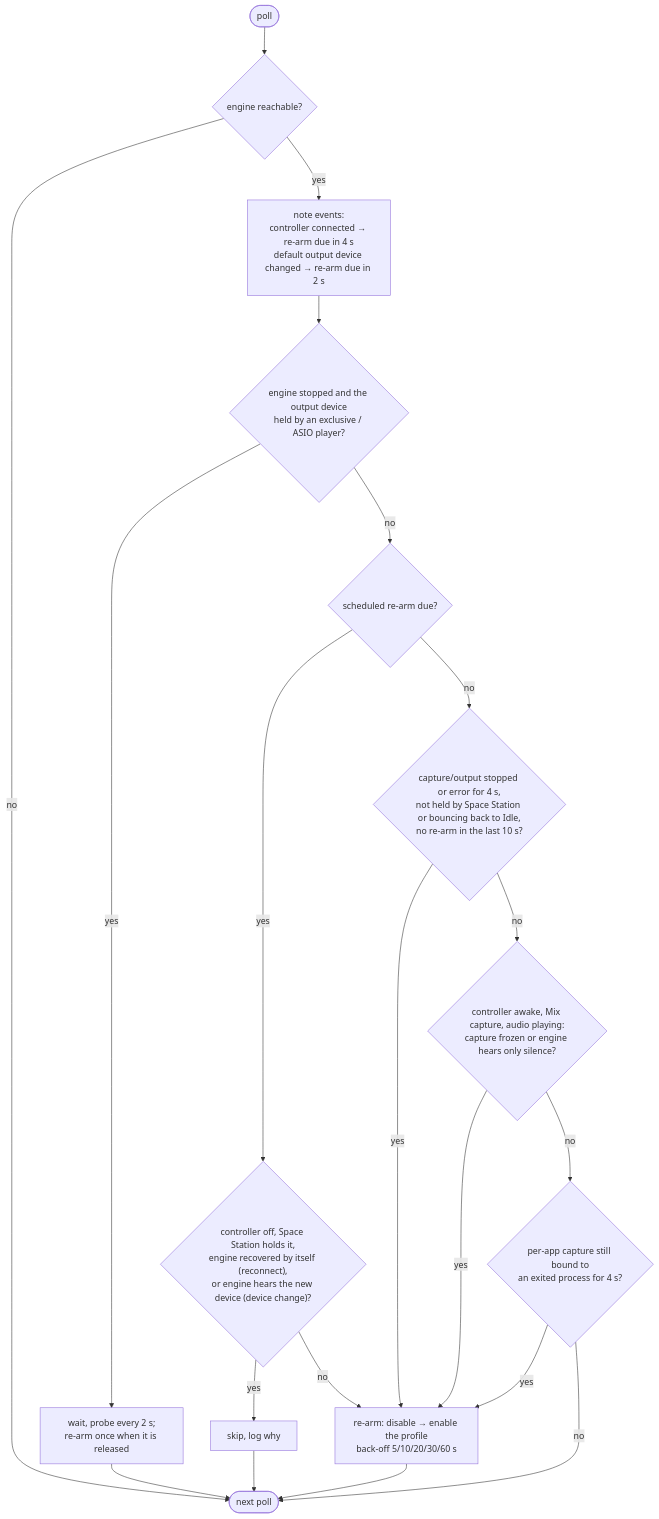
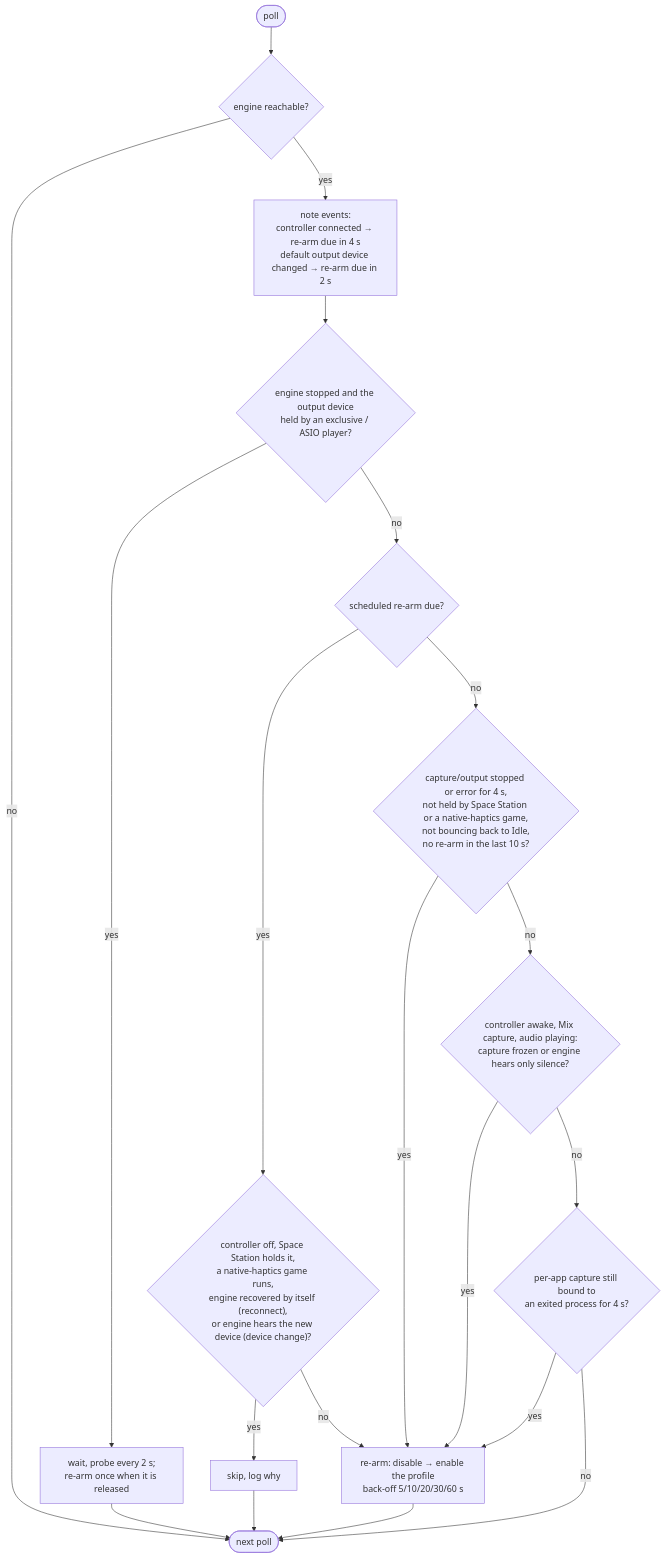
The fourth of 6 diagrams in DIAGRAM.md (Emrise-r/flydigi-xhaptic-controller), drawn with Mermaid before and after one commit. The commit also changed 9 other files, not shown here.

First line of the commit message:
Leave the engine alone while a native haptics game runs

````diff
--- a/DIAGRAM.md
+++ b/DIAGRAM.md
@@ -69,20 +69,20 @@
 ```mermaid
 flowchart TD
     T([poll]) --> S{engine reachable?}
     S -- no --> W([next poll])
     S -- yes --> N["note events:<br/>controller connected → re-arm due in 4 s<br/>default output device changed → re-arm due in 2 s"]
     N --> EX{"engine stopped and the output device<br/>held by an exclusive / ASIO player?"}
     EX -- yes --> HOLD["wait, probe every 2 s;<br/>re-arm once when it is released"] --> W
     EX -- no --> D{scheduled re-arm due?}
-    D -- yes --> SK{"controller off, Space Station holds it,<br/>engine recovered by itself (reconnect),<br/>or engine hears the new device (device change)?"}
+    D -- yes --> SK{"controller off, Space Station holds it,<br/>a native-haptics game runs,<br/>engine recovered by itself (reconnect),<br/>or engine hears the new device (device change)?"}
     SK -- yes --> SKIP["skip, log why"] --> W
     SK -- no --> KICK
-    D -- no --> R1{"capture/output stopped or error for 4 s,<br/>not held by Space Station or bouncing back to Idle,<br/>no re-arm in the last 10 s?"}
+    D -- no --> R1{"capture/output stopped or error for 4 s,<br/>not held by Space Station or a native-haptics game,<br/>not bouncing back to Idle,<br/>no re-arm in the last 10 s?"}
     R1 -- yes --> KICK
     R1 -- no --> R2{"controller awake, Mix capture, audio playing:<br/>capture frozen or engine hears only silence?"}
     R2 -- yes --> KICK
     R2 -- no --> R3{"per-app capture still bound to<br/>an exited process for 4 s?"}
     R3 -- yes --> KICK
     R3 -- no --> W
     KICK["re-arm: disable → enable the profile<br/>back-off 5/10/20/30/60 s"] --> W
 ```
````
